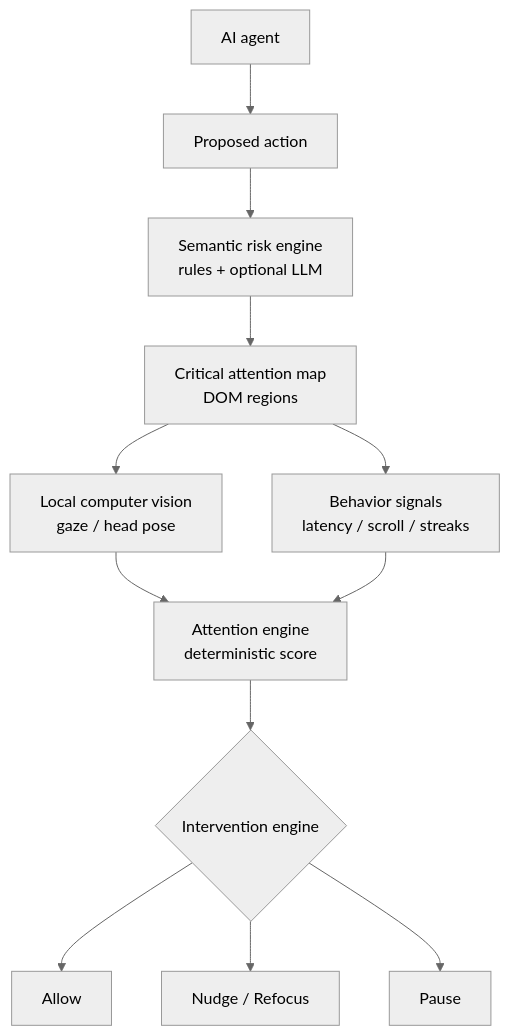
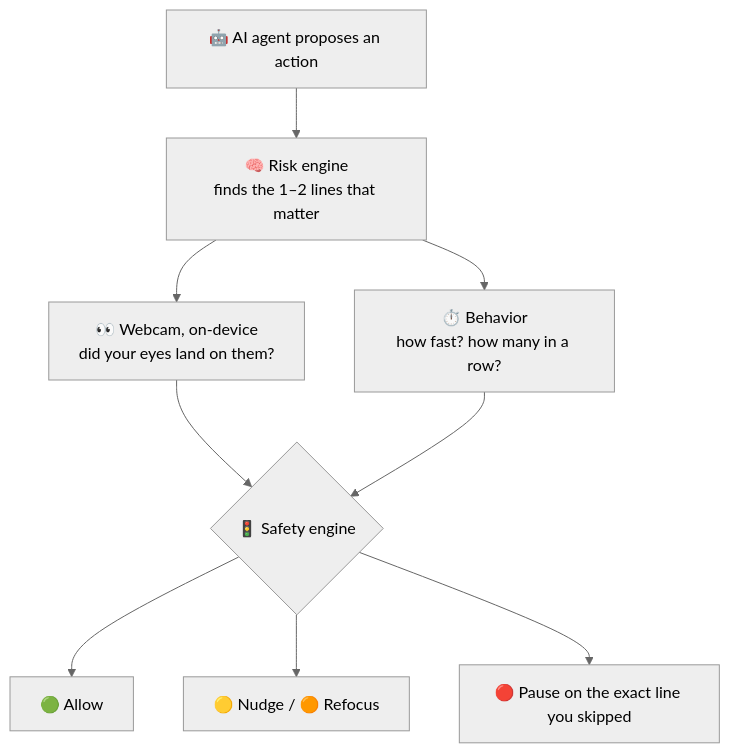
One commit to bilal-feroz/OverSight changed the diagram in README.md. Above: the diagram before and after it, drawn with Mermaid (neutral theme). The commit also changed other lines of this file, not shown here.

````diff
--- a/README.md
+++ b/README.md
@@ -47,14 +65,11 @@
 ```mermaid
 flowchart TD
-  A[AI agent] --> B[Proposed action]
-  B --> C[Semantic risk engine<br/>rules + optional LLM]
-  C --> D[Critical attention map<br/>DOM regions]
-  D --> E[Local computer vision<br/>gaze / head pose]
-  D --> F[Behavior signals<br/>latency / scroll / streaks]
-  E --> G[Attention engine<br/>deterministic score]
-  F --> G
-  G --> H{Intervention engine}
-  H --> I[Allow]
-  H --> J[Nudge / Refocus]
-  H --> K[Pause]
+  A["🤖 AI agent proposes an action"] --> B["🧠 Risk engine<br/>finds the 1–2 lines that matter"]
+  B --> C["👀 Webcam, on-device<br/>did your eyes land on them?"]
+  B --> D["⏱️ Behavior<br/>how fast? how many in a row?"]
+  C --> E{"🚦 Safety engine"}
+  D --> E
+  E --> F["🟢 Allow"]
+  E --> G["🟡 Nudge / 🟠 Refocus"]
+  E --> H["🔴 Pause on the exact line you skipped"]
 ```
````
